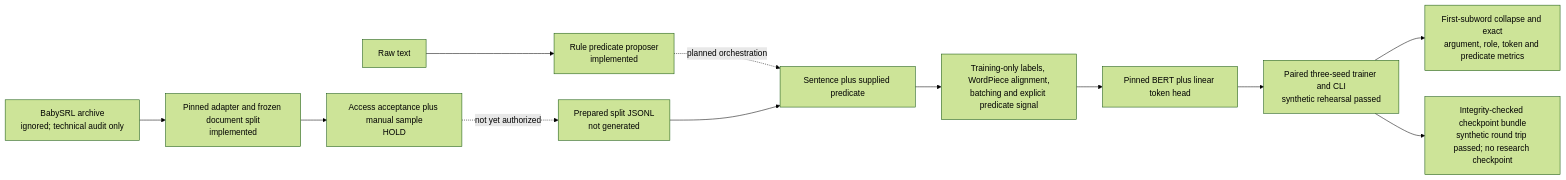
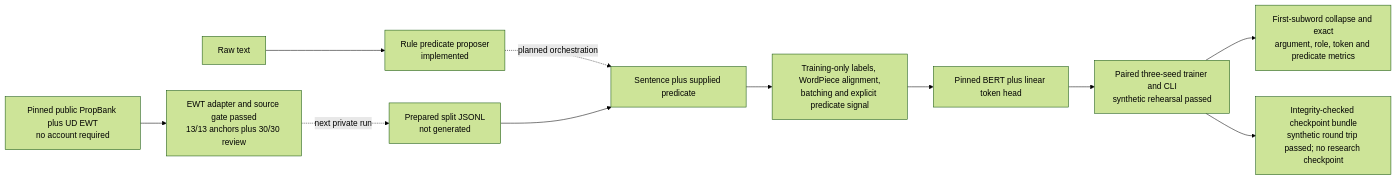
One commit to ayo-aa/semantic-action-extractor changed the diagram in README.md. Above: the diagram before and after it, drawn with Mermaid (forest theme). The commit also changed other lines of this file and 21 other files, not shown here.

````diff
--- a/README.md
+++ b/README.md
@@ -82,14 +84,13 @@
 ```mermaid
 flowchart LR
     A["Raw text"] --> B["Rule predicate proposer<br/>implemented"]
     B -.->|planned orchestration| C["Sentence plus supplied predicate"]
-    D["BabySRL archive<br/>ignored; technical audit only"] --> E["Pinned adapter and frozen document split<br/>implemented"]
-    E --> F["Access acceptance plus manual sample<br/>HOLD"]
-    F -.->|not yet authorized| G["Prepared split JSONL<br/>not generated"]
+    D["Pinned public PropBank plus UD EWT<br/>no account required"] --> E["EWT adapter and source gate passed<br/>13/13 anchors plus 30/30 review"]
+    E -.->|next private run| G["Prepared split JSONL<br/>not generated"]
     G --> C
     C --> H["Training-only labels, WordPiece alignment,<br/>batching and explicit predicate signal"]
     H --> I["Pinned BERT plus linear token head"]
     I --> J["Paired three-seed trainer and CLI<br/>synthetic rehearsal passed"]
     J --> K["First-subword collapse and exact<br/>argument, role, token and predicate metrics"]
     J --> L["Integrity-checked checkpoint bundle<br/>synthetic round trip passed; no research checkpoint"]
 ```
````
